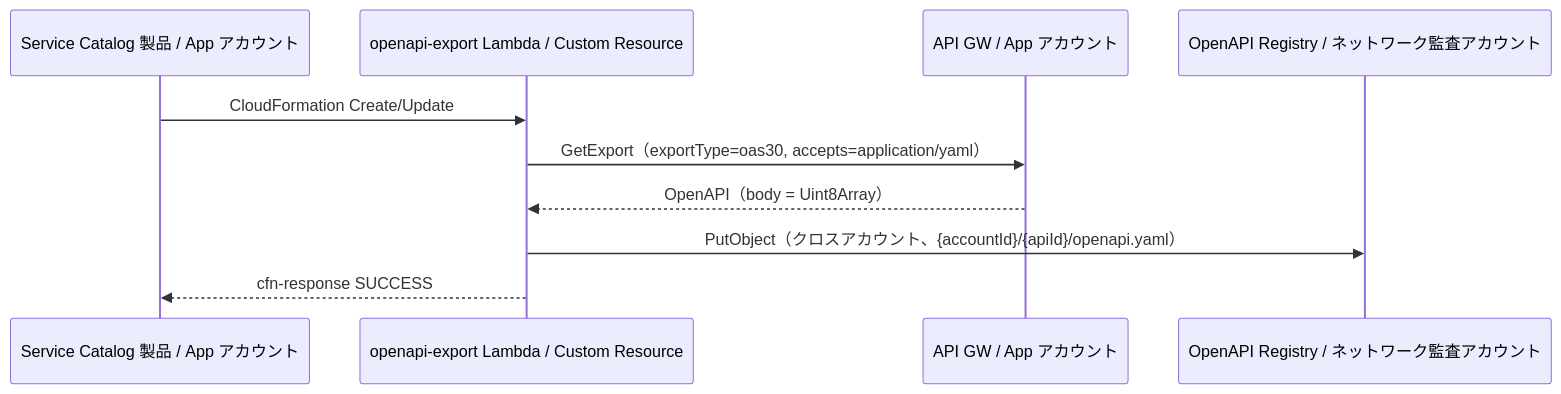
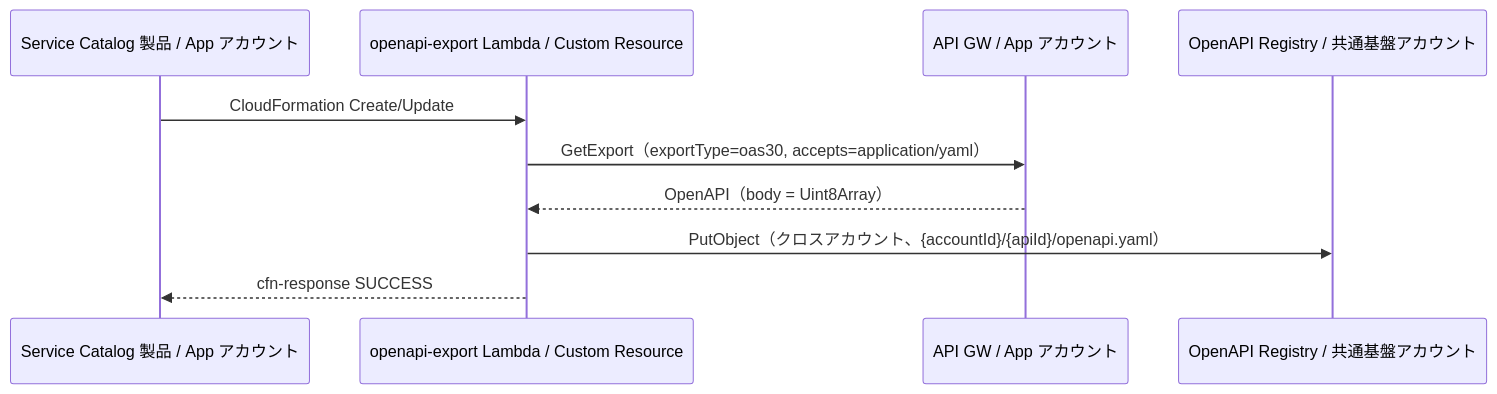
One commit to suepie/aws-atuh-poc changed the first of 2 diagrams in doc/api-platform/basic-design/13-openapi-registry-design.md. Above: the diagram before and after it, drawn with Mermaid. The commit also changed other lines of this file and 27 other files, not shown here.

````diff
--- a/doc/api-platform/basic-design/13-openapi-registry-design.md
+++ b/doc/api-platform/basic-design/13-openapi-registry-design.md
@@ -35,13 +35,13 @@
 ```mermaid
 sequenceDiagram
     participant SC as Service Catalog 製品 / App アカウント
     participant CR as openapi-export Lambda / Custom Resource
     participant AGW as API GW / App アカウント
-    participant S3 as OpenAPI Registry / ネットワーク監査アカウント
+    participant S3 as OpenAPI Registry / 共通基盤アカウント
 
     SC->>CR: CloudFormation Create/Update
     CR->>AGW: GetExport（exportType=oas30, accepts=application/yaml）
     AGW-->>CR: OpenAPI（body = Uint8Array）
     CR->>S3: PutObject（クロスアカウント、{accountId}/{apiId}/openapi.yaml）
     CR-->>SC: cfn-response SUCCESS
 ```
````
